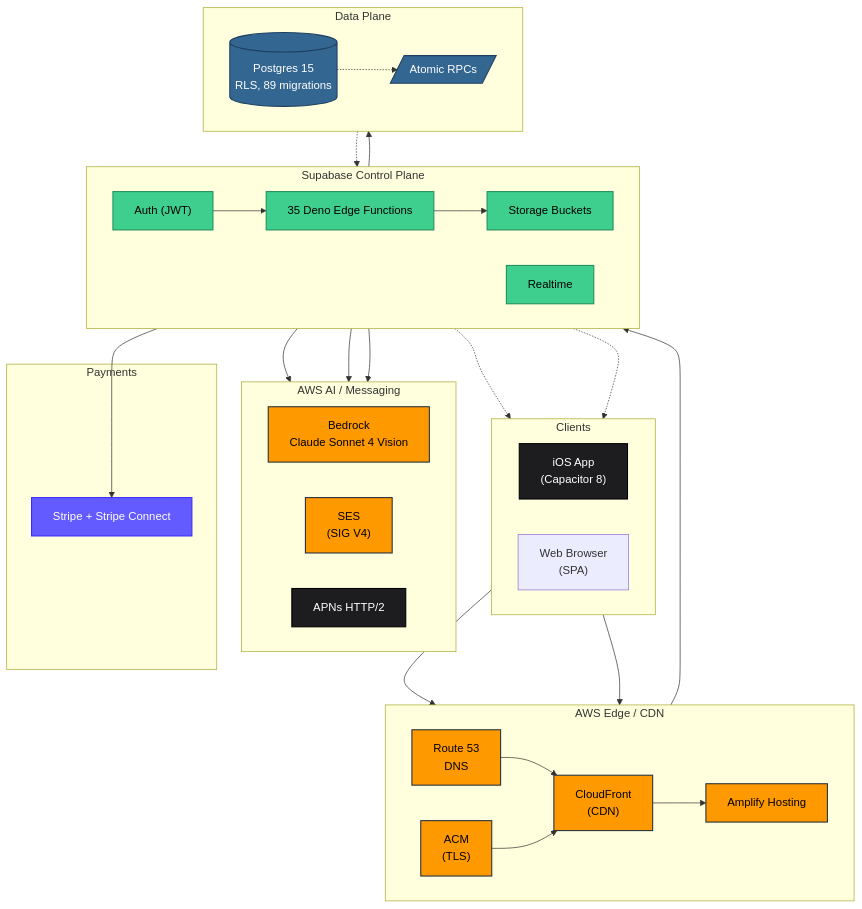
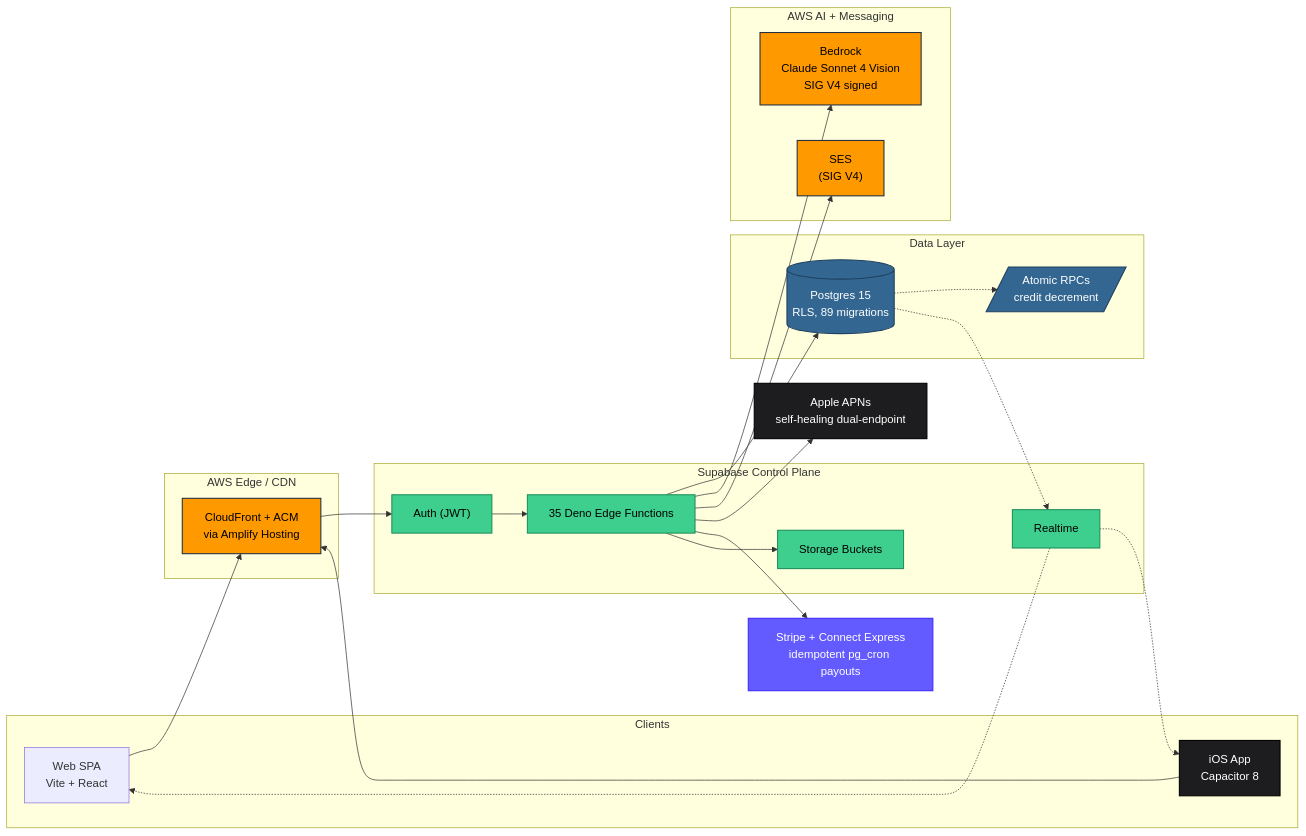
One commit to jashabalcom/swing-institute-architecture changed the first of 2 diagrams in README.md. Above: the diagram before and after it, drawn with Mermaid. The commit also changed other lines of this file, not shown here.

````diff
--- a/README.md
+++ b/README.md
@@ -31,71 +74,58 @@
 ```mermaid
-flowchart TB
+flowchart LR
     subgraph CLIENTS["Clients"]
-        direction LR
-        ios["iOS App<br/>(Capacitor 8)"]
-        web["Web Browser<br/>(SPA)"]
+        web["Web SPA<br/>Vite + React"]
+        ios["iOS App<br/>Capacitor 8"]
     end
 
-    subgraph EDGE["AWS Edge / CDN"]
-        direction LR
-        r53["Route 53<br/>DNS"]
-        acm["ACM<br/>(TLS)"]
-        cf["CloudFront<br/>(CDN)"]
-        amp["Amplify Hosting"]
+    subgraph AWS_EDGE["AWS Edge / CDN"]
+        cf["CloudFront + ACM<br/>via Amplify Hosting"]
     end
 
     subgraph SUPABASE["Supabase Control Plane"]
-        direction LR
-        sbauth["Auth (JWT)"]
-        sbfn["35 Deno Edge Functions"]
-        sbstor["Storage Buckets"]
-        sbrt["Realtime"]
+        auth["Auth (JWT)"]
+        fns["35 Deno Edge Functions"]
+        storage["Storage Buckets"]
+        rt["Realtime"]
     end
 
-    subgraph DATA["Data Plane"]
-        direction LR
+    subgraph DATA["Data Layer"]
         pg[("Postgres 15<br/>RLS, 89 migrations")]
-        rpc[/"Atomic RPCs"/]
+        rpc[/"Atomic RPCs<br/>credit decrement"/]
     end
 
-    subgraph AIPLANE["AWS AI / Messaging"]
-        direction LR
-        bedrock["Bedrock<br/>Claude Sonnet 4 Vision"]
+    subgraph AWS_AI["AWS AI + Messaging"]
+        bedrock["Bedrock<br/>Claude Sonnet 4 Vision<br/>SIG V4 signed"]
         ses["SES<br/>(SIG V4)"]
-        apns["APNs HTTP/2"]
     end
 
-    subgraph MONEY["Payments"]
-        stripe["Stripe + Stripe Connect"]
-    end
+    apns["Apple APNs<br/>self-healing dual-endpoint"]
+    stripe["Stripe + Connect Express<br/>idempotent pg_cron payouts"]
 
+    web --> cf
     ios --> cf
-    web --> cf
-    r53 --> cf
-    acm --> cf
-    cf --> amp
-    amp --> sbauth
-    sbauth --> sbfn
-    sbfn --> pg
-    sbfn --> sbstor
+    cf --> auth
+    auth --> fns
+    fns --> pg
     pg -.-> rpc
-    sbfn --> bedrock
-    sbfn --> ses
-    sbfn --> apns
-    sbfn --> stripe
-    pg -.-> sbrt
-    sbrt -.-> web
-    sbrt -.-> ios
+    fns --> bedrock
+    fns --> ses
+    fns --> apns
+    fns --> stripe
+    fns --> storage
+    pg -.-> rt
+    rt -.-> web
+    rt -.-> ios
 
-    classDef awsClass fill:#FF9900,stroke:#232F3E,color:#000,stroke-width:1.5px
-    classDef sbClass fill:#3ECF8E,stroke:#1F8F5C,color:#000,stroke-width:1.5px
-    classDef stripeClass fill:#635BFF,stroke:#3D2BFF,color:#fff,stroke-width:1.5px
-    classDef appleClass fill:#1d1d1f,stroke:#000,color:#fff,stroke-width:1.5px
-    classDef pgClass fill:#336791,stroke:#1F4060,color:#fff,stroke-width:1.5px
+    classDef aws fill:#FF9900,stroke:#232F3E,color:#000,stroke-width:1.5px
+    classDef supabase fill:#3ECF8E,stroke:#1F8F5C,color:#000,stroke-width:1.5px
+    classDef stripe_n fill:#635BFF,stroke:#3D2BFF,color:#fff,stroke-width:1.5px
+    classDef apple fill:#1d1d1f,stroke:#000,color:#fff,stroke-width:1.5px
+    classDef pg fill:#336791,stroke:#1F4060,color:#fff,stroke-width:1.5px
 
-    class r53,acm,cf,amp,bedrock,ses awsClass
-    class sbauth,sbfn,sbstor,sbrt sbClass
-    class stripe stripeClass
-    class apns,ios appleClass
-    class pg,rpc pgClass
+    class cf,bedrock,ses aws
+    class auth,fns,storage,rt supabase
+    class stripe stripe_n
+    class apns,ios apple
+    class pg,rpc pg
 ```
````
